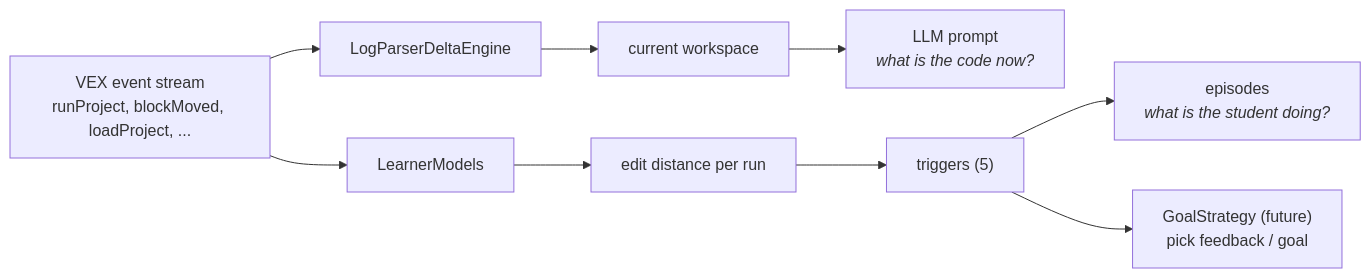
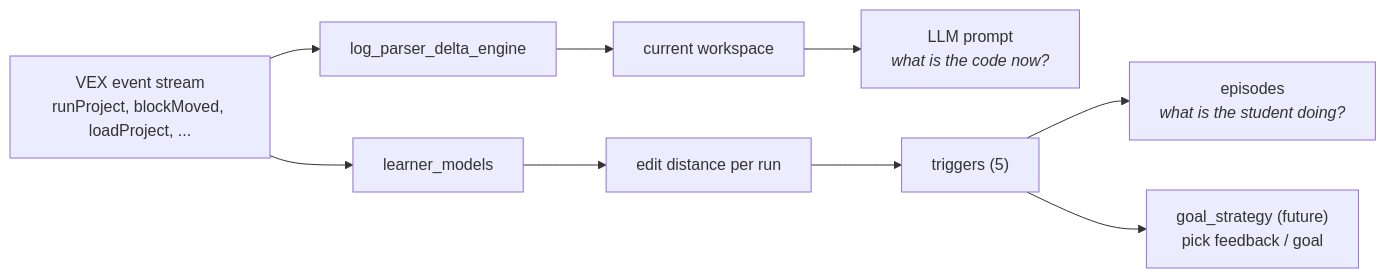
The diagram in README.md (InviteInstitute/agent-lm-packages), drawn with Mermaid before and after one commit. The commit also changed other lines of this file and 19 other files, not shown here.

````diff
--- a/README.md
+++ b/README.md
@@ -21,14 +21,14 @@
 ```mermaid
 flowchart LR
-    A["VEX event stream<br/>runProject, blockMoved, loadProject, ..."] --> B[LogParserDeltaEngine]
-    A --> C[LearnerModels]
+    A["VEX event stream<br/>runProject, blockMoved, loadProject, ..."] --> B[log_parser_delta_engine]
+    A --> C[learner_models]
 
     B --> D[current workspace]
     D --> E["LLM prompt<br/><i>what is the code now?</i>"]
 
     C --> F[edit distance per run]
     F --> G["triggers (5)"]
     G --> H["episodes<br/><i>what is the student doing?</i>"]
 
-    G --> I["GoalStrategy (future)<br/>pick feedback / goal"]
+    G --> I["goal_strategy (future)<br/>pick feedback / goal"]
 ```
````
